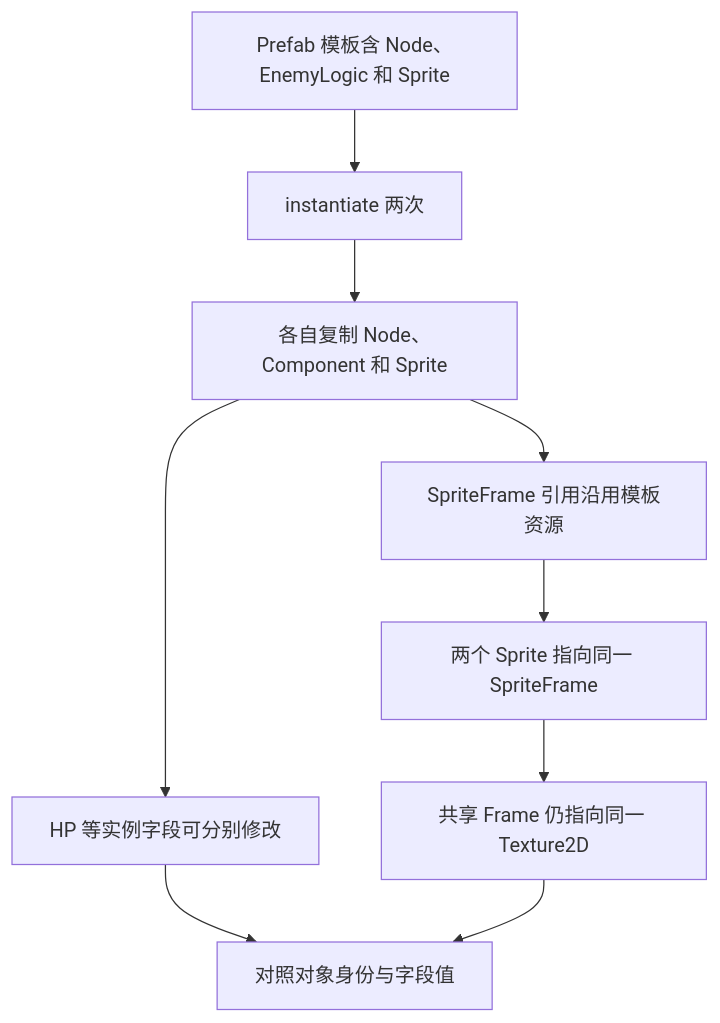
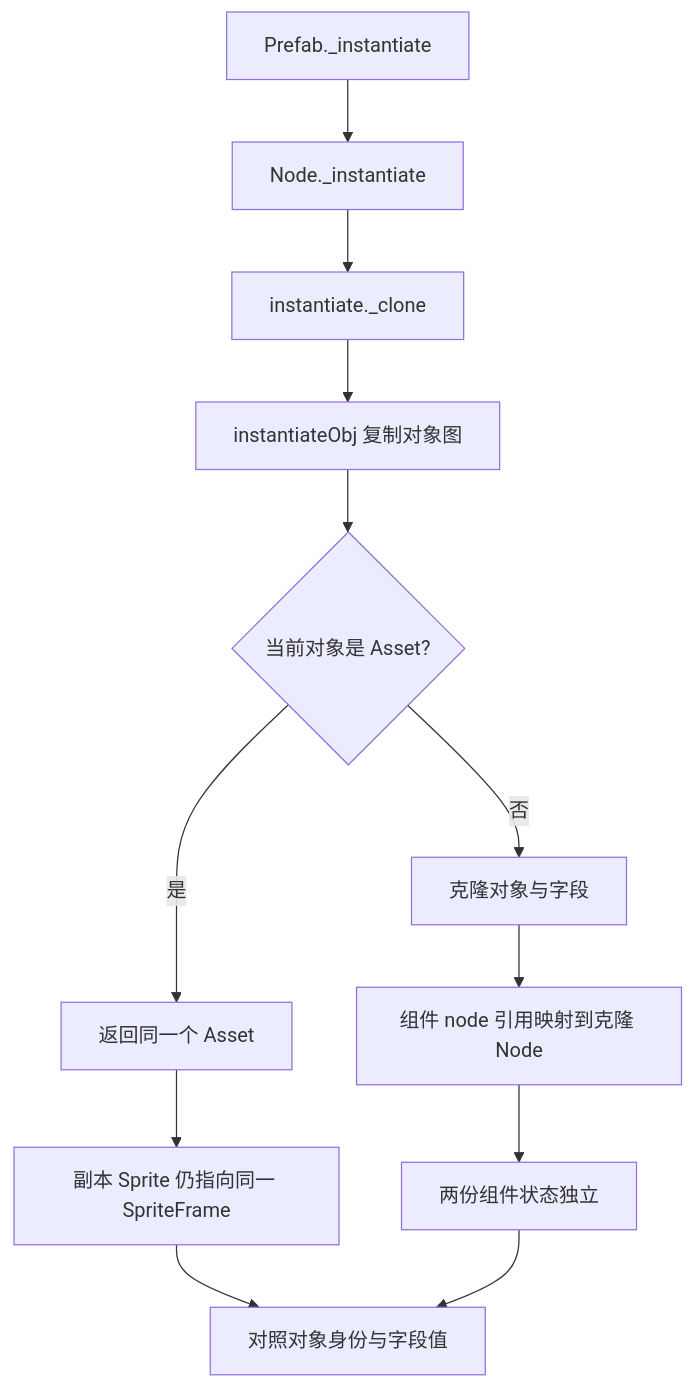
One commit to baiyangzuoshu/CocosAgent changed the diagram in learn_2.4cocoscreator/s18_component_asset_sharing/README.md. Above: the diagram before and after it, drawn with Mermaid. The commit also changed other lines of this file and 184 other files, not shown here.

````diff
--- a/learn_2.4cocoscreator/s18_component_asset_sharing/README.md
+++ b/learn_2.4cocoscreator/s18_component_asset_sharing/README.md
@@ -7,11 +7,14 @@
 ```mermaid
 flowchart TD
-  A["Prefab 模板含 Node、EnemyLogic 和 Sprite"] --> B["instantiate 两次"]
-  B --> C["各自复制 Node、Component 和 Sprite"]
-  C --> D["HP 等实例字段可分别修改"]
-  C --> E["SpriteFrame 引用沿用模板资源"]
-  E --> F["两个 Sprite 指向同一 SpriteFrame"]
-  F --> G["共享 Frame 仍指向同一 Texture2D"]
-  D --> H["对照对象身份与字段值"]
-  G --> H
+  A["Prefab._instantiate"] --> B["Node._instantiate"]
+  B --> C["instantiate._clone"]
+  C --> D["instantiateObj 复制对象图"]
+  D --> E{"当前对象是 Asset?"}
+  E -->|"是"| F["返回同一个 Asset"]
+  E -->|"否"| G["克隆对象与字段"]
+  G --> H["组件 node 引用映射到克隆 Node"]
+  F --> I["副本 Sprite 仍指向同一 SpriteFrame"]
+  H --> J["两份组件状态独立"]
+  I --> K["对照对象身份与字段值"]
+  J --> K
 ```
````
